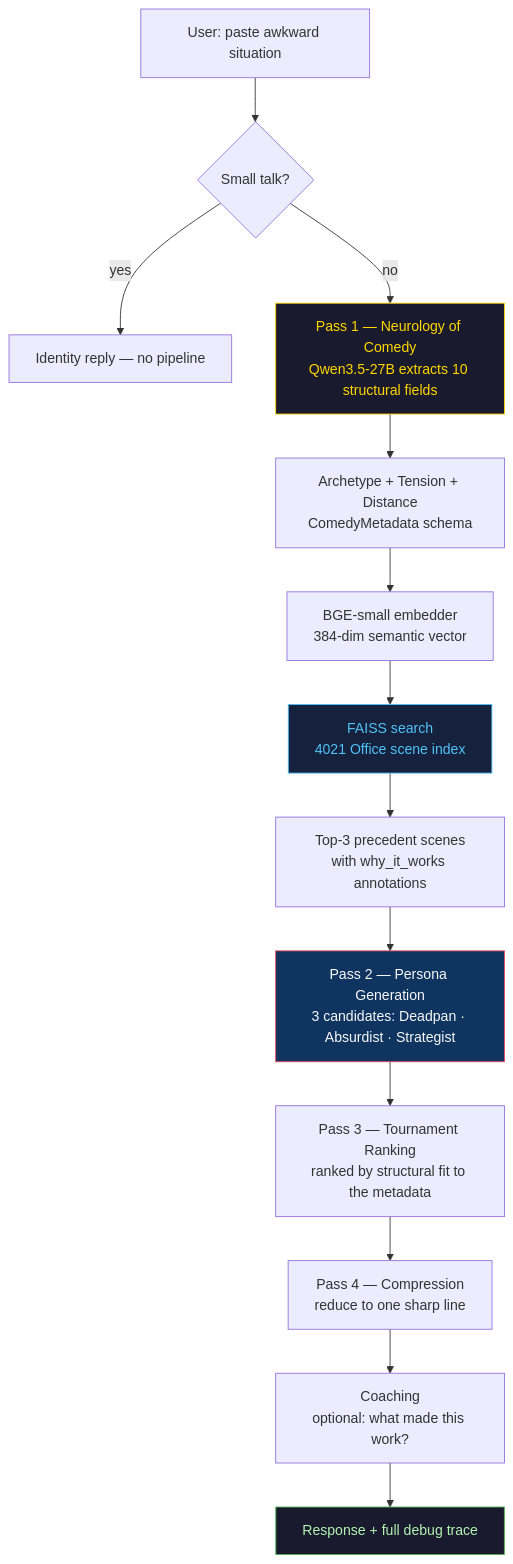
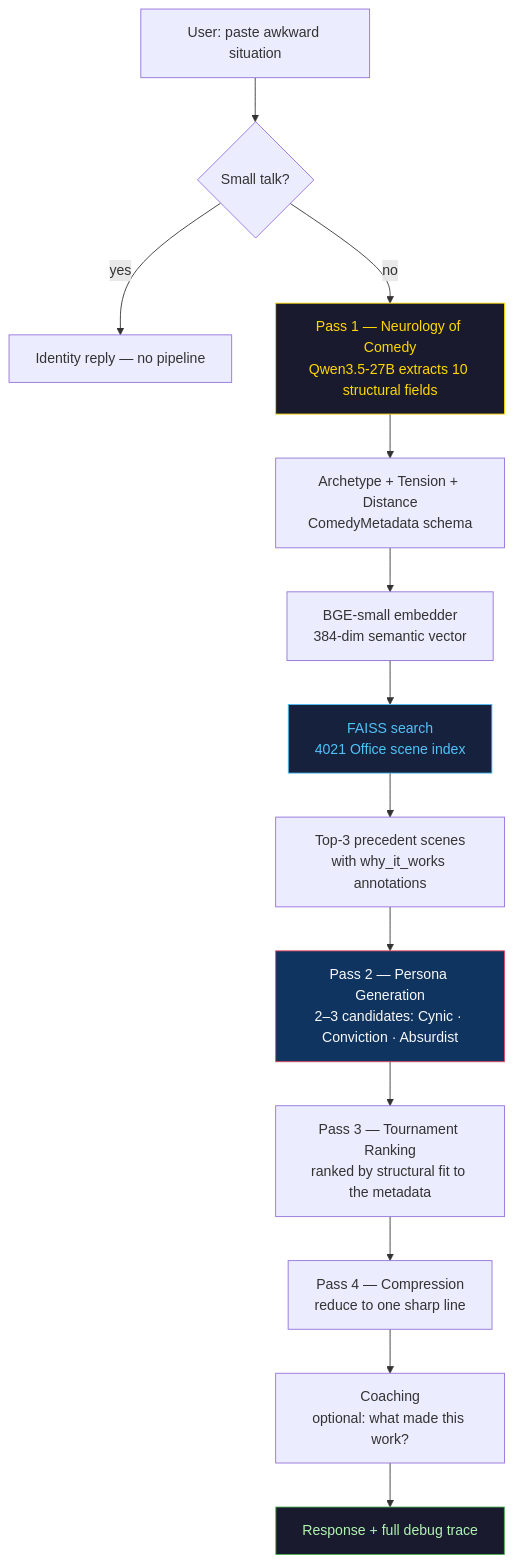
One commit to akshay-babbar/witgym changed the first of 3 diagrams in README.md. Above: the diagram before and after it, drawn with Mermaid. The commit also changed other lines of this file, not shown here.

````diff
--- a/README.md
+++ b/README.md
@@ -41,22 +52,22 @@
 ```mermaid
 flowchart TD
     A[User: paste awkward situation] --> B{Small talk?}
     B -- yes --> C[Identity reply — no pipeline]
     B -- no --> D
 
     D[Pass 1 — Neurology of Comedy\nQwen3.5-27B extracts 10 structural fields]
     D --> E[Archetype + Tension + Distance\nComedyMetadata schema]
     E --> F[BGE-small embedder\n384-dim semantic vector]
     F --> G[FAISS search\n4021 Office scene index]
     G --> H[Top-3 precedent scenes\nwith why_it_works annotations]
-    H --> I[Pass 2 — Persona Generation\n3 candidates: Deadpan · Absurdist · Strategist]
+    H --> I[Pass 2 — Persona Generation\n2–3 candidates: Cynic · Conviction · Absurdist]
     I --> J[Pass 3 — Tournament Ranking\nranked by structural fit to the metadata]
     J --> K[Pass 4 — Compression\nreduce to one sharp line]
     K --> L[Coaching\noptional: what made this work?]
     L --> M[Response + full debug trace]
 
     style D fill:#1a1a2e,color:#ffd700,stroke:#ffd700
     style G fill:#16213e,color:#4fc3f7,stroke:#4fc3f7
     style I fill:#0f3460,color:#f8f8f8,stroke:#e94560
     style M fill:#1a1a2e,color:#b0f4b0,stroke:#4caf50
 ```
````
